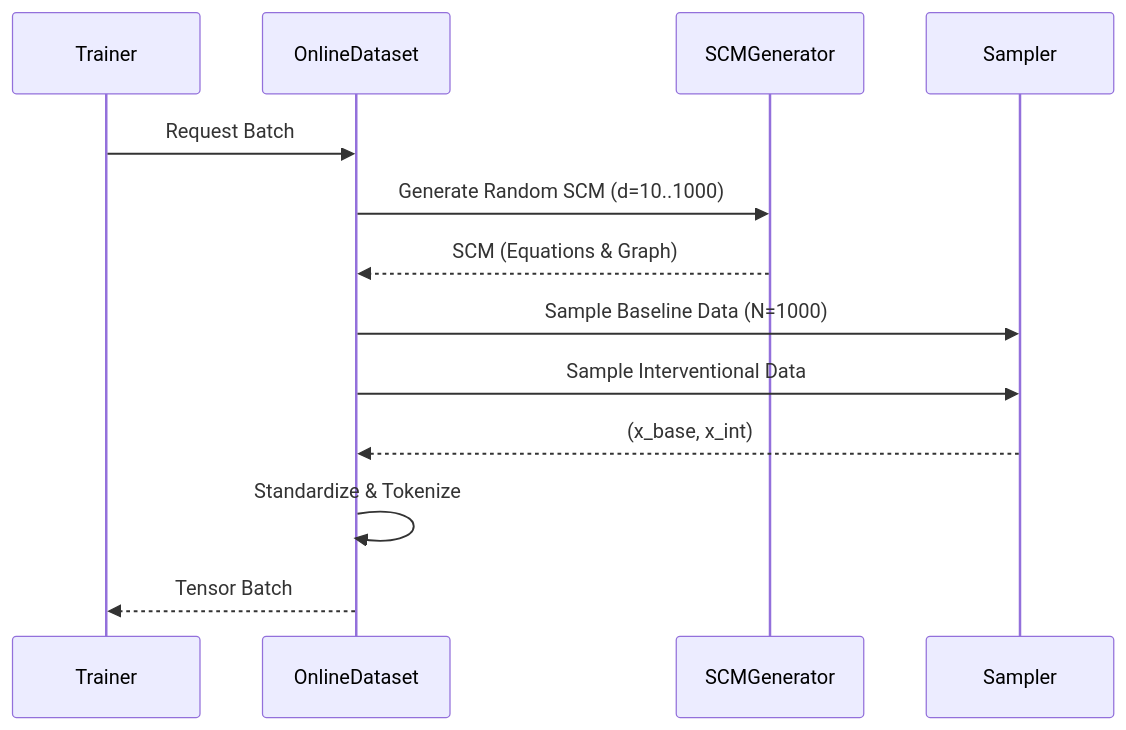
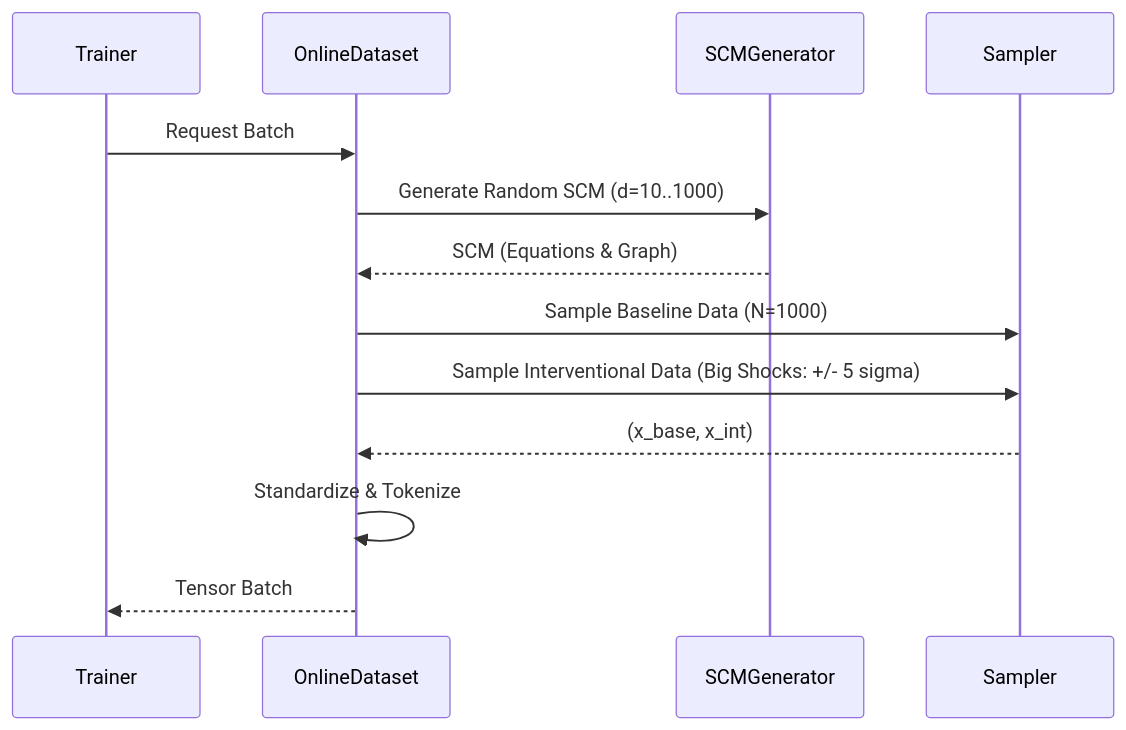
One commit to MeiisamMahmoodii/ISD-CP changed the diagram in README.md. Above: the diagram before and after it, drawn with Mermaid. The commit also changed other lines of this file and 6 other files, not shown here.

````diff
--- a/README.md
+++ b/README.md
@@ -89,16 +83,16 @@
 ```mermaid
 sequenceDiagram
     participant T as Trainer
     participant D as OnlineDataset
     participant G as SCMGenerator
     participant S as Sampler
 
     T->>D: Request Batch
     D->>G: Generate Random SCM (d=10..1000)
     G-->>D: SCM (Equations & Graph)
     D->>S: Sample Baseline Data (N=1000)
-    D->>S: Sample Interventional Data
+    D->>S: Sample Interventional Data (Big Shocks: +/- 5 sigma)
     S-->>D: (x_base, x_int)
     D->>D: Standardize & Tokenize
     D-->>T: Tensor Batch
 ```
````
